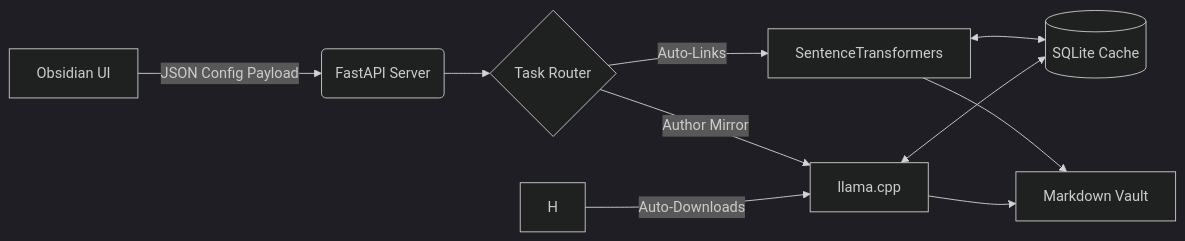
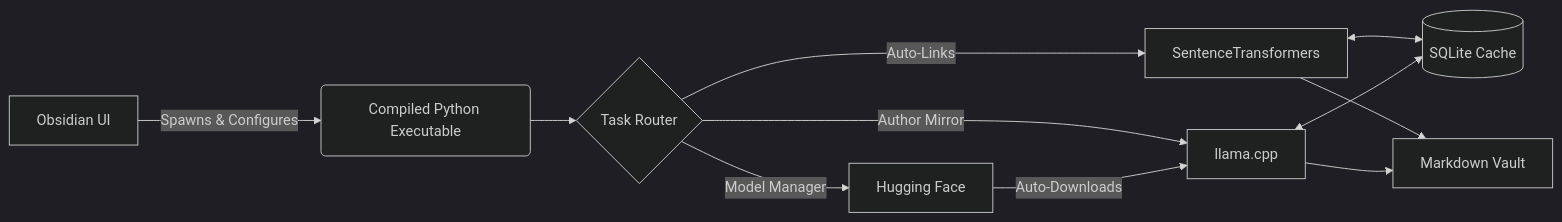
One commit to maeldepreville/pkmai changed the diagram in README.md. Above: the diagram before and after it, drawn with Mermaid (dark theme). The commit also changed other lines of this file, not shown here.

````diff
--- a/README.md
+++ b/README.md
@@ -18,12 +19,13 @@
 ```mermaid
 graph LR
-    A[Obsidian UI] -->|JSON Config Payload| B(FastAPI Server)
+    A[Obsidian UI] -->|Spawns & Configures| B(Compiled Python Executable)
     B --> C{Task Router}
     C -->|Auto-Links| D[SentenceTransformers]
     C -->|Author Mirror| E[llama.cpp]
+    C -->|Model Manager| H[Hugging Face]
     D <--> F[(SQLite Cache)]
     E <--> F
     H -->|Auto-Downloads| E
     D --> G[Markdown Vault]
     E --> G
 ```
````
